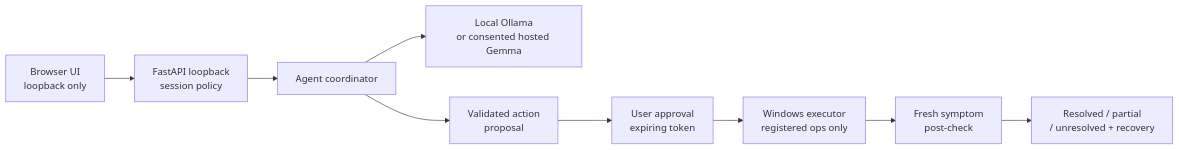
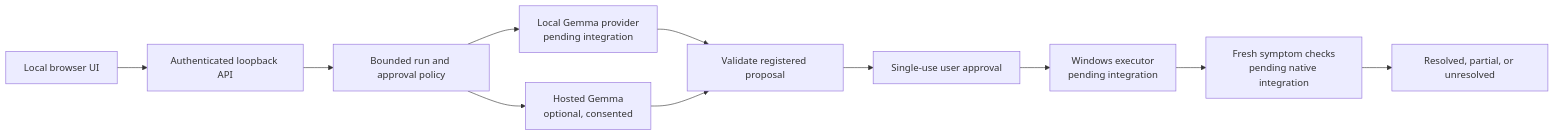
The diagram in README.md (Team-DROS/TroubleShoot), drawn with Mermaid before and after one commit. The commit also changed other lines of this file, not shown here.

````diff
--- a/README.md
+++ b/README.md
@@ -104,11 +51,13 @@
 ```mermaid
 flowchart LR
-    UI[Browser UI\nloopback only] --> API[FastAPI loopback\nsession policy]
-    API --> Agent[Agent coordinator]
-    Agent --> Provider[Local Ollama\nor consented hosted Gemma]
-    Agent --> Proposal[Validated action\nproposal]
-    Proposal --> Gate[User approval\nexpiring token]
-    Gate --> Tools[Windows executor\nregistered ops only]
-    Tools --> Verify[Fresh symptom\npost-check]
-    Verify --> Result[Resolved / partial\n/ unresolved + recovery]
+    UI[Local browser UI] --> API[Authenticated loopback API]
+    API --> Runtime[Bounded run and approval policy]
+    Runtime --> Local[Local Gemma provider<br/>pending integration]
+    Runtime --> Hosted[Hosted Gemma<br/>optional, consented]
+    Local --> Decision[Validate registered proposal]
+    Hosted --> Decision
+    Decision --> Gate[Single-use user approval]
+    Gate --> Native[Windows executor<br/>pending integration]
+    Native --> Verify[Fresh symptom checks<br/>pending native integration]
+    Verify --> Result[Resolved, partial, or unresolved]
 ```
````
